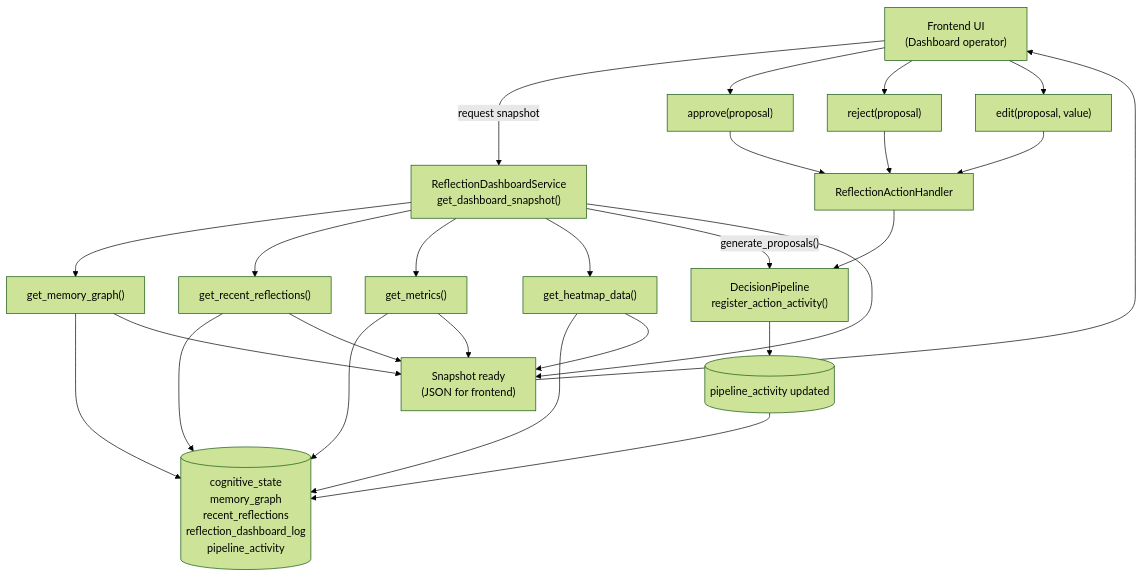
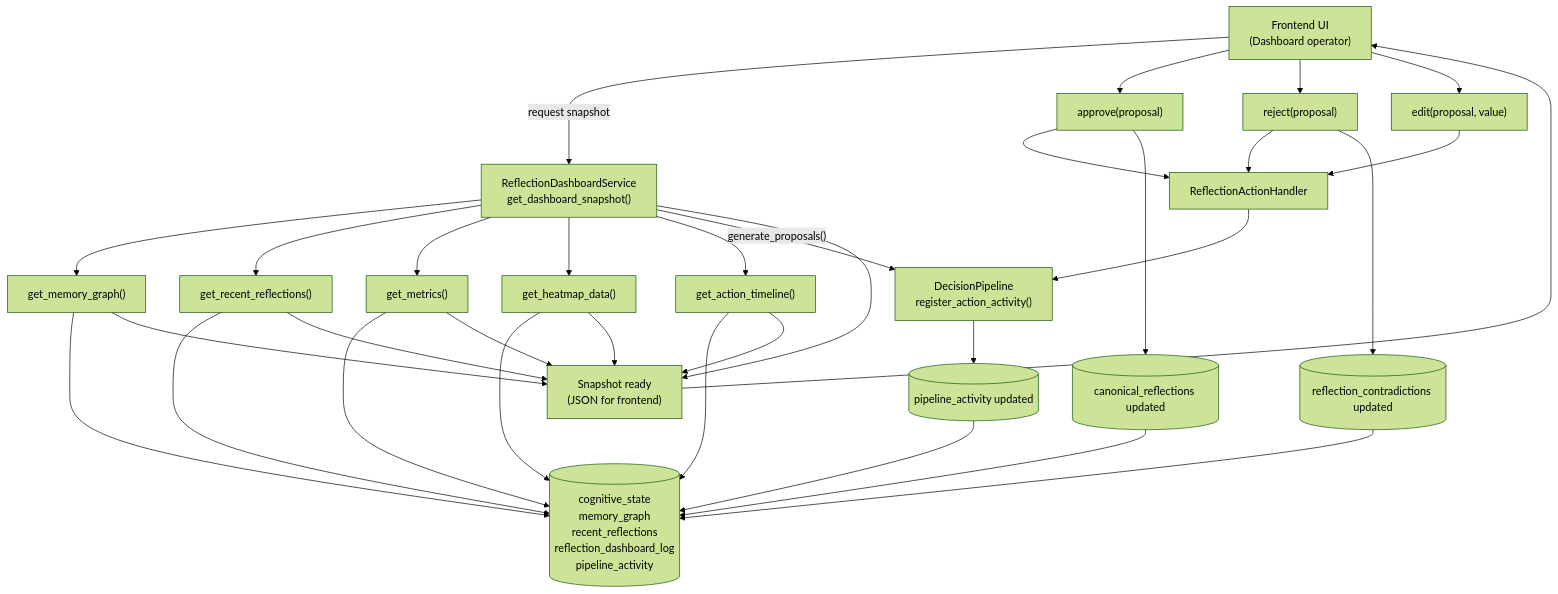
One commit to safal207/LS changed the diagram in docs/REFLECTION_DASHBOARD_FLOWCHART.md. Above: the diagram before and after it, drawn with Mermaid (forest theme). The commit also changed other lines of this file and 2 other files, not shown here.

Commit message:
feat: extend reflection dashboard actions with state markers

````diff
--- a/docs/REFLECTION_DASHBOARD_FLOWCHART.md
+++ b/docs/REFLECTION_DASHBOARD_FLOWCHART.md
@@ -5,57 +5,67 @@
 ```mermaid
 flowchart TD
     UI["Frontend UI<br/>(Dashboard operator)"]
 
     SVC["ReflectionDashboardService<br/>get_dashboard_snapshot()"]
 
     MM["get_memory_graph()"]
     RR["get_recent_reflections()"]
     MT["get_metrics()"]
     HM["get_heatmap_data()"]
+    TL["get_action_timeline()"]
 
     CS[("cognitive_state<br/>memory_graph<br/>recent_reflections<br/>reflection_dashboard_log<br/>pipeline_activity")]
 
     SNAP["Snapshot ready<br/>(JSON for frontend)"]
 
     AP["approve(proposal)"]
     RJ["reject(proposal)"]
     ED["edit(proposal, value)"]
 
     AH["ReflectionActionHandler"]
     DP["DecisionPipeline<br/>register_action_activity()"]
 
     ACT[("pipeline_activity updated")]
+    CAN[("canonical_reflections updated")]
+    CON[("reflection_contradictions updated")]
 
     UI -- "request snapshot" --> SVC
 
     SVC --> MM
     SVC --> RR
     SVC --> MT
     SVC --> HM
+    SVC --> TL
 
     MM --> CS
     RR --> CS
     MT --> CS
     HM --> CS
+    TL --> CS
 
     SVC -- "generate_proposals()" --> DP
 
     MM --> SNAP
     RR --> SNAP
     MT --> SNAP
     HM --> SNAP
+    TL --> SNAP
     SVC --> SNAP
     SNAP --> UI
 
     UI --> AP
     UI --> RJ
     UI --> ED
 
     AP --> AH
     RJ --> AH
     ED --> AH
 
     AH --> DP
+    AP --> CAN
+    RJ --> CON
     DP --> ACT
     ACT --> CS
+    CAN --> CS
+    CON --> CS
 ```
````
